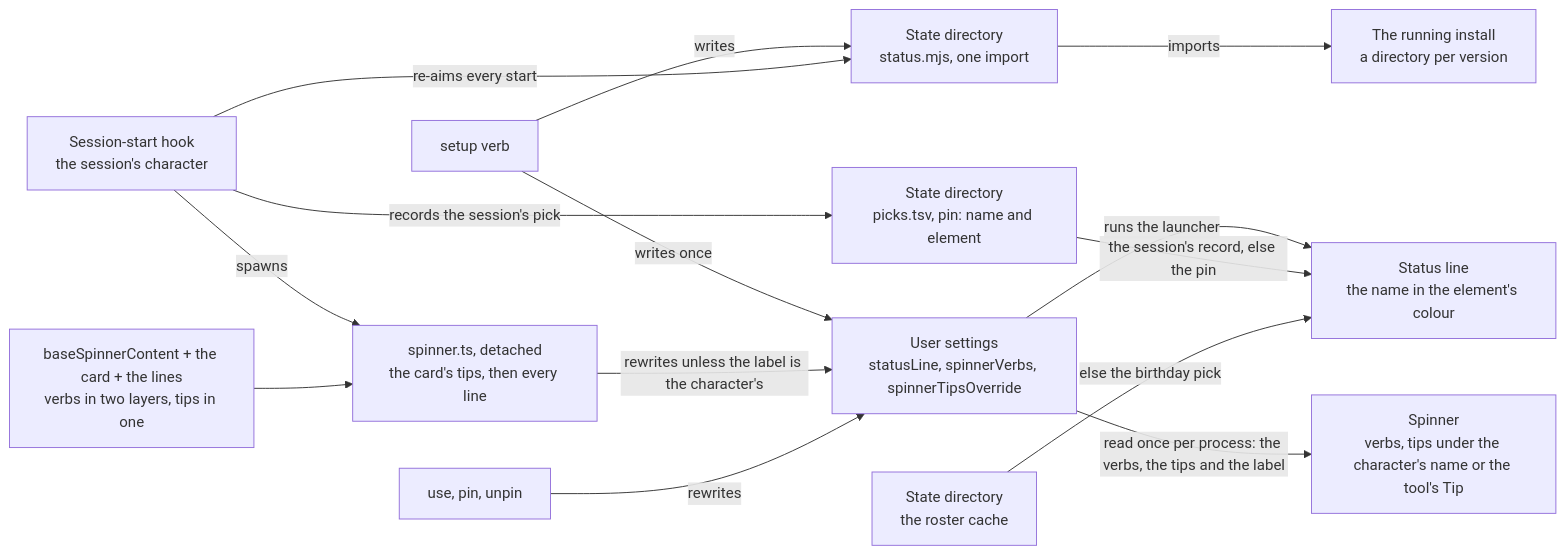
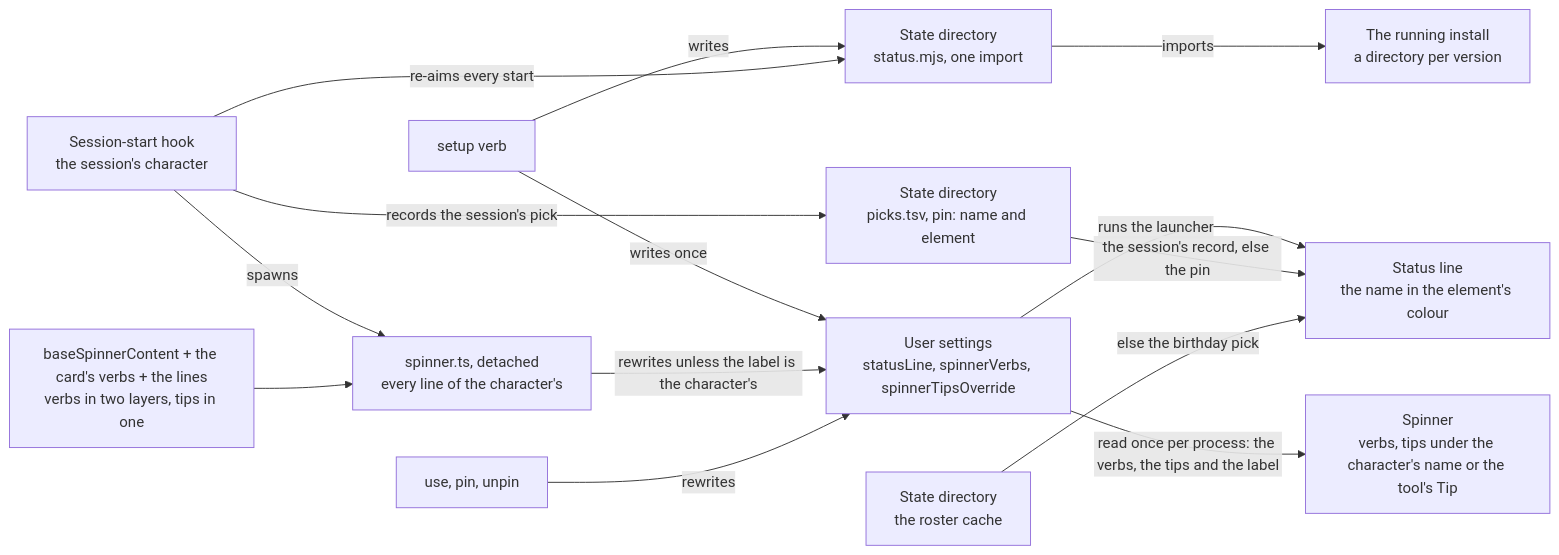
Before and after one commit to Esposter/Esposter: the fifth of 5 diagrams in apps/web/content/docs/infra/claude-interface/persona-plugin.md, drawn with Mermaid. The commit also changed other lines of this file and 18 other files, not shown here.

First line of the commit message:
refactor(genshin-persona): a card carries no tips — the spinner's are the character's own lines alone (2/2)

````diff
--- a/apps/web/content/docs/infra/claude-interface/persona-plugin.md
+++ b/apps/web/content/docs/infra/claude-interface/persona-plugin.md
@@ -196,28 +196,28 @@
 ```mermaid
 flowchart LR
     Setup["setup verb"]
     Hook["Session-start hook<br/>the session's character"]
-    Content["baseSpinnerContent + the card + the lines<br/>verbs in two layers, tips in one"]
-    Script["spinner.ts, detached<br/>the card's tips, then every line"]
+    Content["baseSpinnerContent + the card's verbs + the lines<br/>verbs in two layers, tips in one"]
+    Script["spinner.ts, detached<br/>every line of the character's"]
     Settings["User settings<br/>statusLine, spinnerVerbs, spinnerTipsOverride"]
     Launcher["State directory<br/>status.mjs, one import"]
     Install["The running install<br/>a directory per version"]
     Records["State directory<br/>picks.tsv, pin: name and element"]
     Spinner["Spinner<br/>verbs, tips under the character's name or the tool's Tip"]
     Line["Status line<br/>the name in the element's colour"]
 
     Setup -->|writes once| Settings
     Setup -->|writes| Launcher
     Hook -->|re-aims every start| Launcher
     Hook -->|spawns| Script
     Content --> Script
     Script -->|rewrites unless the label is the character's| Settings
     Verb["use, pin, unpin"] -->|rewrites| Settings
     Launcher -->|imports| Install
     Settings -->|runs the launcher| Line
     Hook -->|records the session's pick| Records
     Cache["State directory<br/>the roster cache"]
     Records -->|the session's record, else the pin| Line
     Cache -->|else the birthday pick| Line
     Settings -->|read once per process: the verbs, the tips and the label| Spinner
 ```
````
